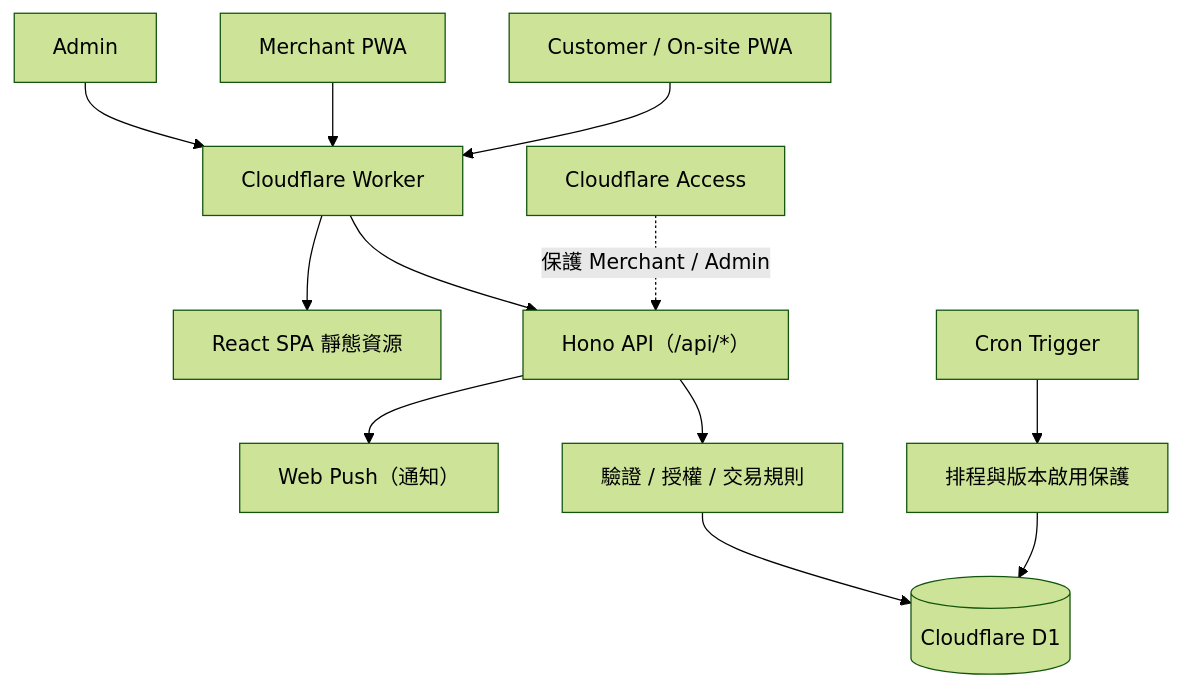
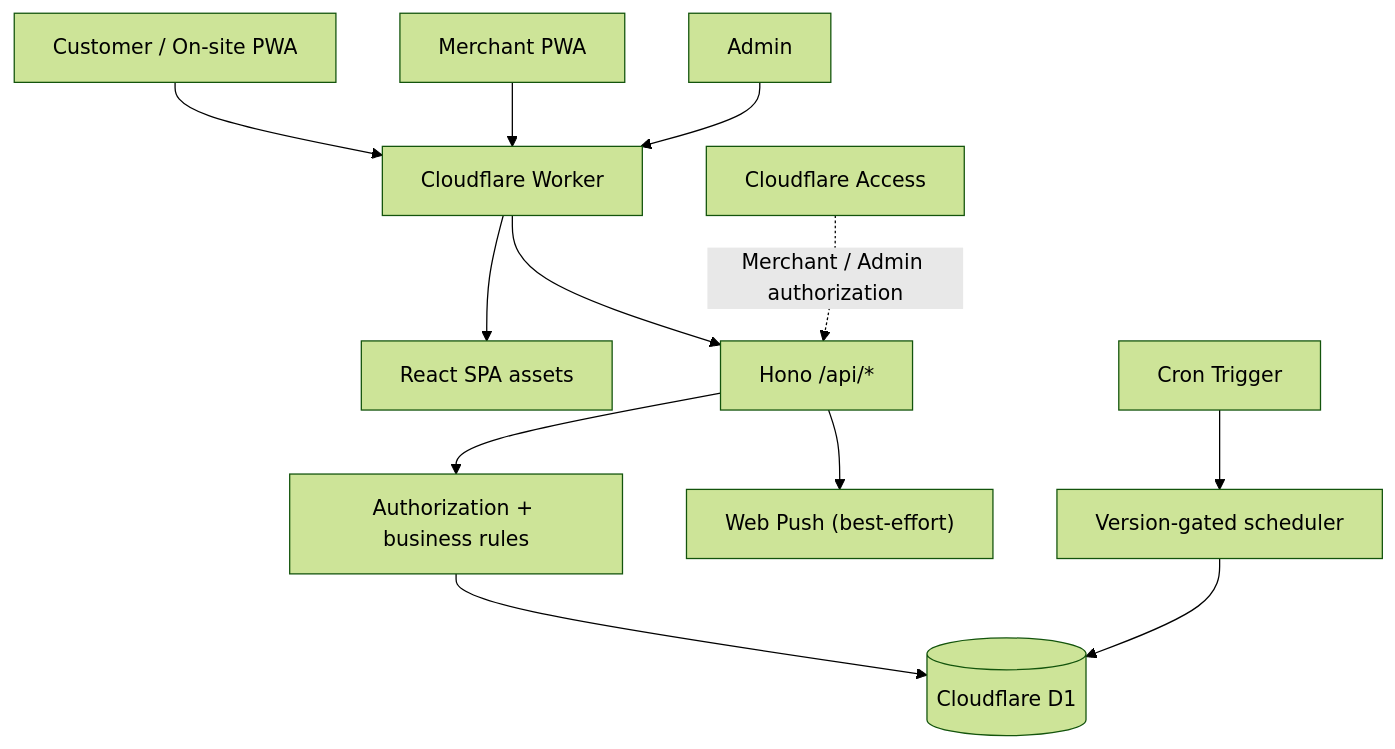
The diagram in README.md (yeoeb/chi-zha-de-ordering), drawn with Mermaid (forest theme) before and after one commit. The commit also changed other lines of this file and 4 other files, not shown here.

````diff
--- a/README.md
+++ b/README.md
@@ -57,14 +48,14 @@
 ```mermaid
-flowchart TB
-  A["Customer / On-site PWA"] --> B["Cloudflare Worker"]
-  M["Merchant PWA"] --> B
-  D["Admin"] --> B
-  B --> H["Hono API（/api/*）"]
-  B --> R["React SPA 靜態資源"]
-  H --> V["驗證 / 授權 / 交易規則"]
-  V --> DB[("Cloudflare D1")]
-  H --> P["Web Push（通知）"]
-  C["Cron Trigger"] --> S["排程與版本啟用保護"]
-  S --> DB
-  CF["Cloudflare Access"] -. "保護 Merchant / Admin" .-> H
+flowchart TD
+  C["Customer / On-site PWA"] --> W["Cloudflare Worker"]
+  M["Merchant PWA"] --> W
+  A["Admin"] --> W
+  W --> SPA["React SPA assets"]
+  W --> API["Hono /api/*"]
+  API --> Rules["Authorization + business rules"]
+  Rules --> D1[("Cloudflare D1")]
+  API --> Push["Web Push (best-effort)"]
+  Cron["Cron Trigger"] --> Scheduler["Version-gated scheduler"]
+  Scheduler --> D1
+  Access["Cloudflare Access"] -. "Merchant / Admin authorization" .-> API
 ```
````
